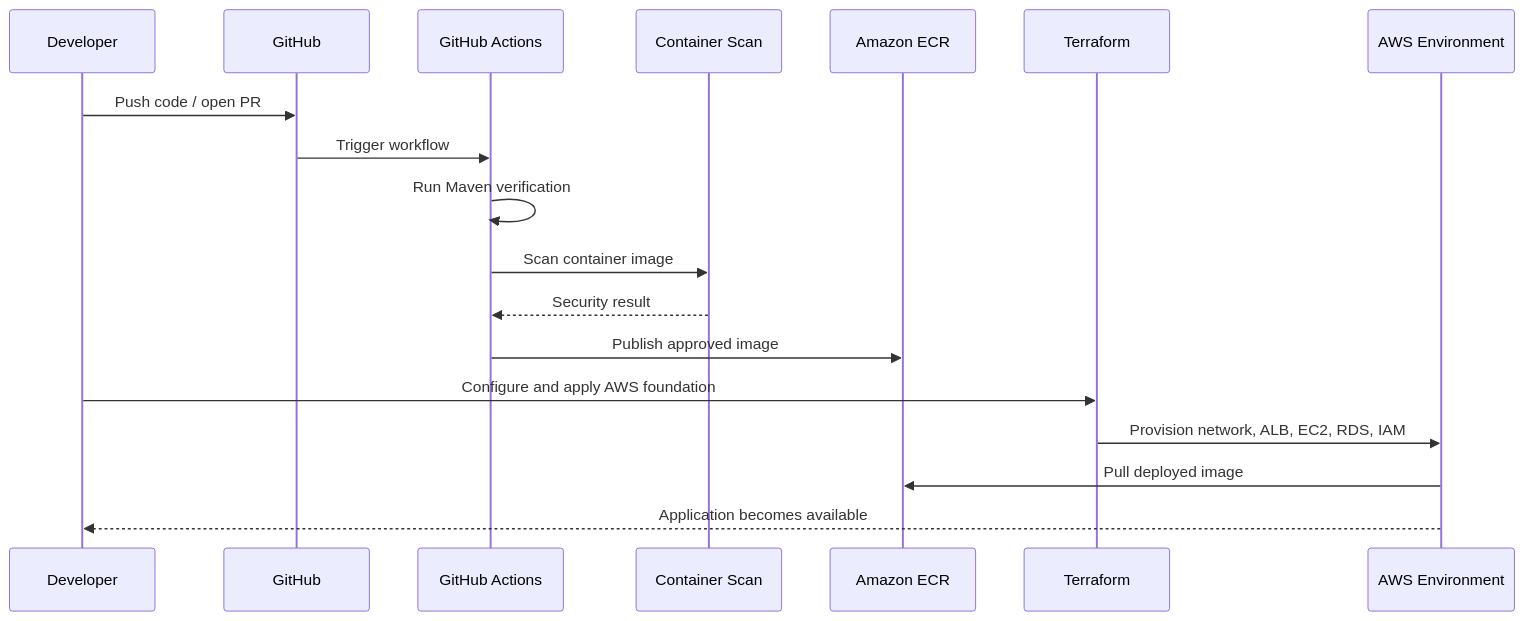
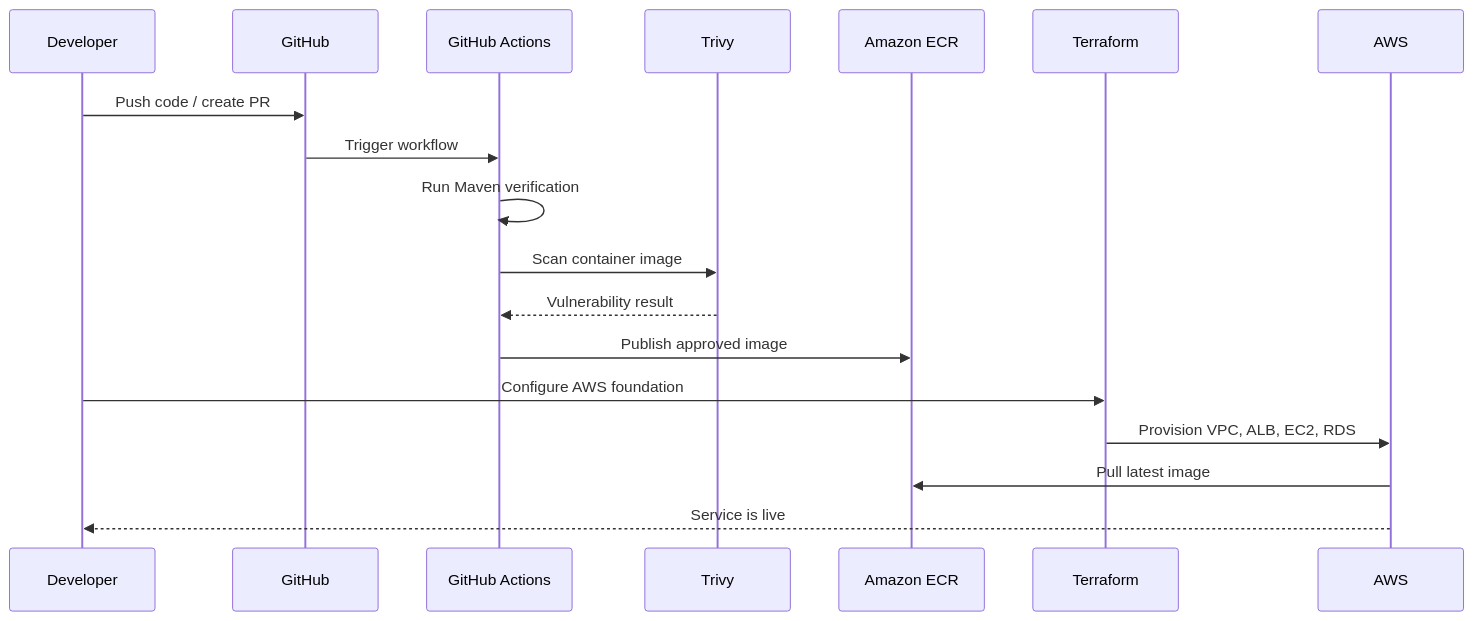
Before and after one commit to MasadiPradeepRao/java-aws-three-tier-platform: the third of 4 diagrams in README.md, drawn with Mermaid. The commit also changed other lines of this file, not shown here.

Commit message:
Polish the README and add a real GitHub-renderable architecture asset under docs/assets to fix the earlier image issue.

````diff
--- a/README.md
+++ b/README.md
@@ -68,21 +82,21 @@
 ```mermaid
 sequenceDiagram
     participant Dev as Developer
     participant GH as GitHub
     participant CI as GitHub Actions
-    participant Trivy as Container Scan
+    participant Scan as Trivy
     participant ECR as Amazon ECR
     participant TF as Terraform
-    participant AWS as AWS Environment
+    participant AWS as AWS
 
-    Dev->>GH: Push code / open PR
+    Dev->>GH: Push code / create PR
     GH->>CI: Trigger workflow
     CI->>CI: Run Maven verification
-    CI->>Trivy: Scan container image
-    Trivy-->>CI: Security result
+    CI->>Scan: Scan container image
+    Scan-->>CI: Vulnerability result
     CI->>ECR: Publish approved image
-    Dev->>TF: Configure and apply AWS foundation
-    TF->>AWS: Provision network, ALB, EC2, RDS, IAM
-    AWS->>ECR: Pull deployed image
-    AWS-->>Dev: Application becomes available
+    Dev->>TF: Configure AWS foundation
+    TF->>AWS: Provision VPC, ALB, EC2, RDS
+    AWS->>ECR: Pull latest image
+    AWS-->>Dev: Service is live
 ```
````
